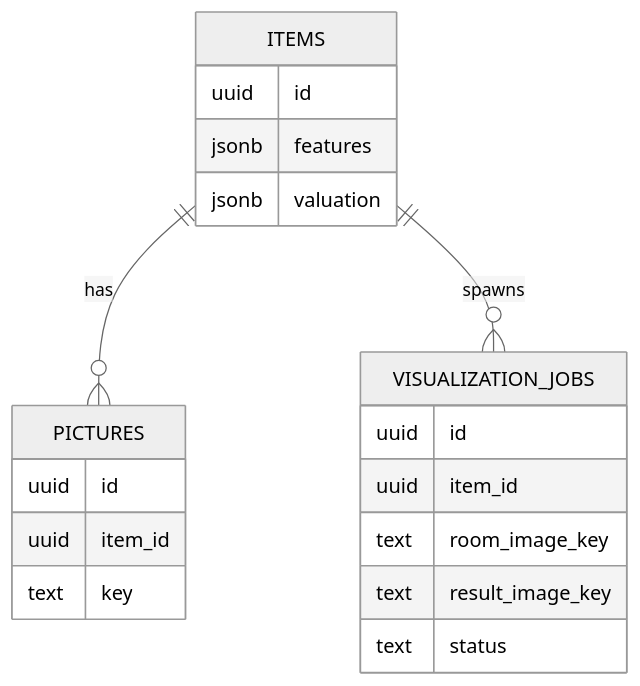
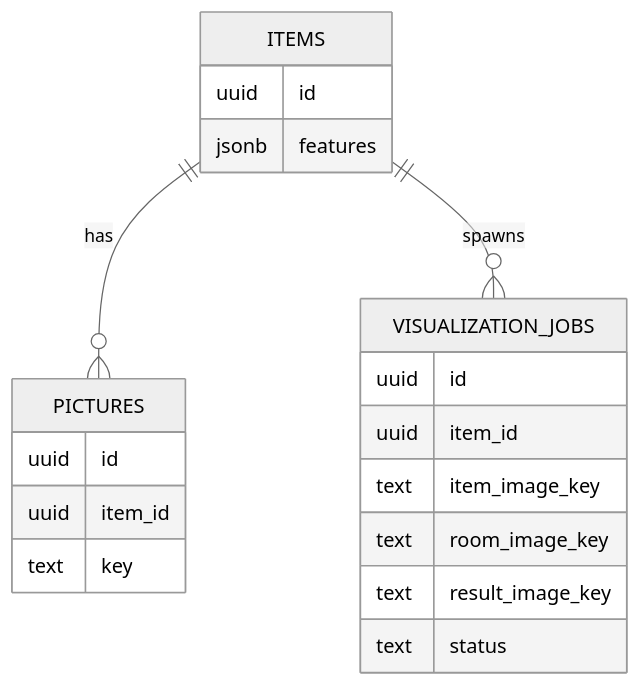
Before and after one commit to freebies-warrior/artium: the eighth of 8 diagrams in docs/architecture.md, drawn with Mermaid (neutral theme). The commit also changed other lines of this file, not shown here.

````diff
--- a/docs/architecture.md
+++ b/docs/architecture.md
@@ -399,25 +370,25 @@
 ```mermaid
 erDiagram
   ITEMS ||--o{ PICTURES : has
   ITEMS ||--o{ VISUALIZATION_JOBS : spawns
 
   ITEMS {
     uuid id
     jsonb features
-    jsonb valuation
   }
 
   PICTURES {
     uuid id
     uuid item_id
     text key
   }
 
   VISUALIZATION_JOBS {
     uuid id
     uuid item_id
+    text item_image_key
     text room_image_key
     text result_image_key
     text status
   }
 ```
````
